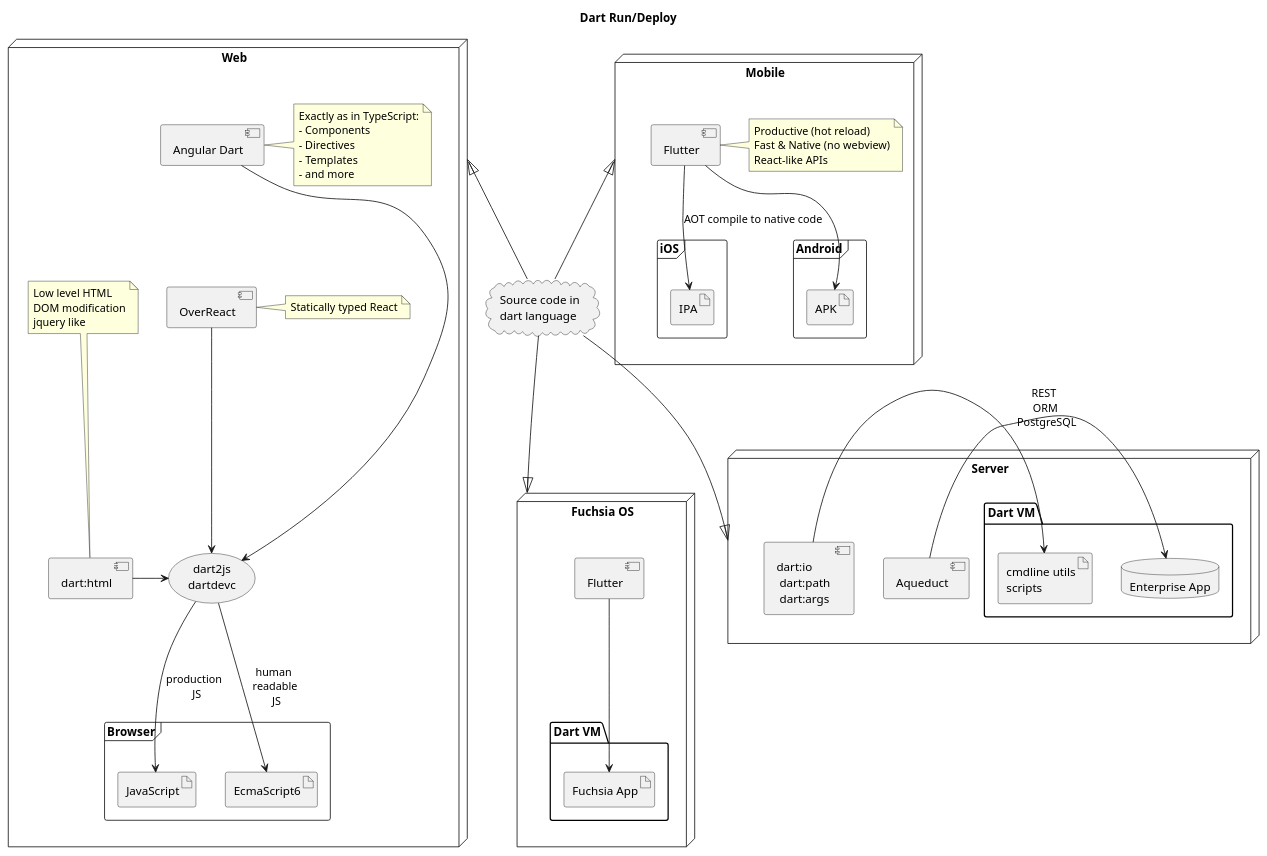
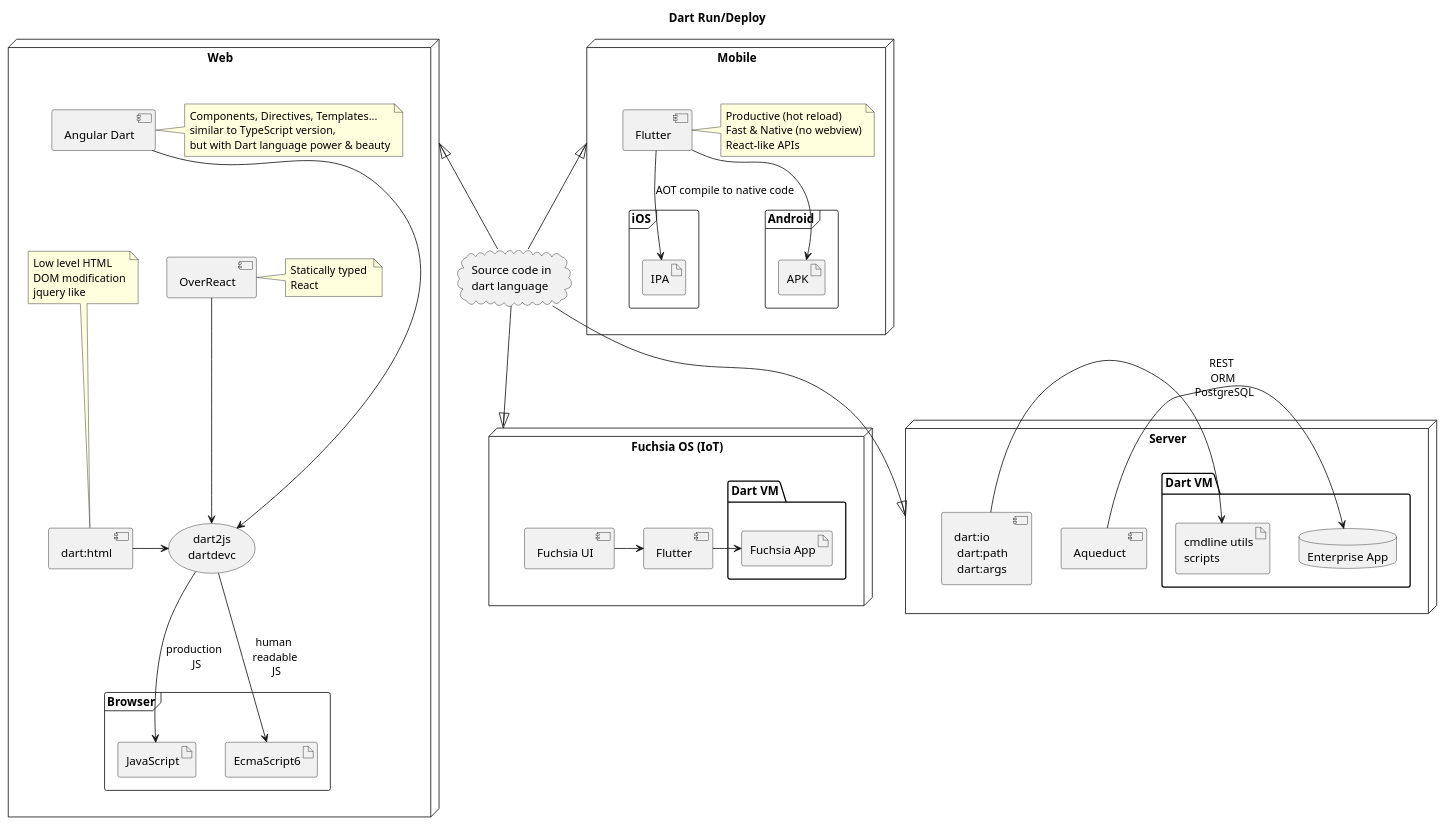
Before and after one commit to dafesimonek/dart-platform-diagrams: the diagram in run-and-deploy.puml, drawn with PlantUML.

Commit message:
notes tweaks, fuchsia UI added

```diff
--- a/run-and-deploy.puml
+++ b/run-and-deploy.puml
@@ -1,101 +1,102 @@
 @startuml
 
 title Dart Run/Deploy
 
 cloud "Source code in \ndart language" as source
 
 node "Web" as web {
 
     usecase dart2js [
         dart2js
         dartdevc
     ]
 
     [Angular Dart] as angular [[https://webdev.dartlang.org/angular]]
     note right of angular
-        Exactly as in TypeScript:
-        - Components
-        - Directives
-        - Templates
-        - and more
+        Components, Directives, Templates...
+        similar to TypeScript version,
+        but with Dart language power & beauty
     end note
     [angular] ---> dart2js
 
     [OverReact] as overReact [[https://pub.dartlang.org/packages/over_react]]
-    note right of overReact: Statically typed React
+    note right of overReact: Statically typed \nReact
     overReact --> dart2js
 
     [dart:html] as dartHtml [[https://webdev.dartlang.org/guides/web-programming#low-level-html]]
     note top of dartHtml
         Low level HTML
         DOM modification
         jquery like
     end note
 
     dartHtml -> dart2js
 
     frame Browser {
         artifact JavaScript
         artifact EcmaScript6
     }
 
     dart2js --> JavaScript: production \n JS
     dart2js --> EcmaScript6: human \n readable \n JS
 }
 
 node "Mobile" as mobile {
     [Flutter] as flutter [[https://flutter.io]]
     note right of flutter
         Productive (hot reload)
         Fast & Native (no webview)
         React-like APIs
     end note
 
     frame iOS {
         artifact IPA
     }
 
     frame Android {
         artifact APK
     }
 
     flutter --> IPA: AOT compile to native code
     flutter --> APK
 }
 
-node "Fuchsia OS" as fuchsia [[https://fuchsia.googlesource.com/docs/+/master/book.md]] {
+node "Fuchsia OS (IoT)" as fuchsia {
+    [Fuchsia UI] as fuchsiaUI [[https://fuchsia.googlesource.com/docs/+/master/book.md]]
+
     [Flutter] as fuchsiaFlutter
 
     package "Dart VM" as fuchsiaVM {
         artifact fuchsiaApp [
             Fuchsia App
         ]
     }
 
-    fuchsiaFlutter --> fuchsiaApp
+    fuchsiaUI -> fuchsiaFlutter
+    fuchsiaFlutter -> fuchsiaApp
 
 }
 
 node "Server" as server {
     [Aqueduct] as aqueduct [[https://aqueduct.io/]]
     [dart:io \n dart:path \n dart:args] as cmdlinePackages [[https://www.dartlang.org/tutorials/dart-vm/cmdline]]
 
     package "Dart VM" {
         artifact cmdline [
             cmdline utils
             scripts
         ]
         database "Enterprise App" as enterprise
     }
 
     aqueduct -> enterprise: REST \n ORM \n PostgreSQL
     cmdlinePackages -> cmdline
 }
 
 
 source -up-|> mobile
 source -up-|> web
 source -down-|> fuchsia
 source -down-|> server
 
 @enduml
```
